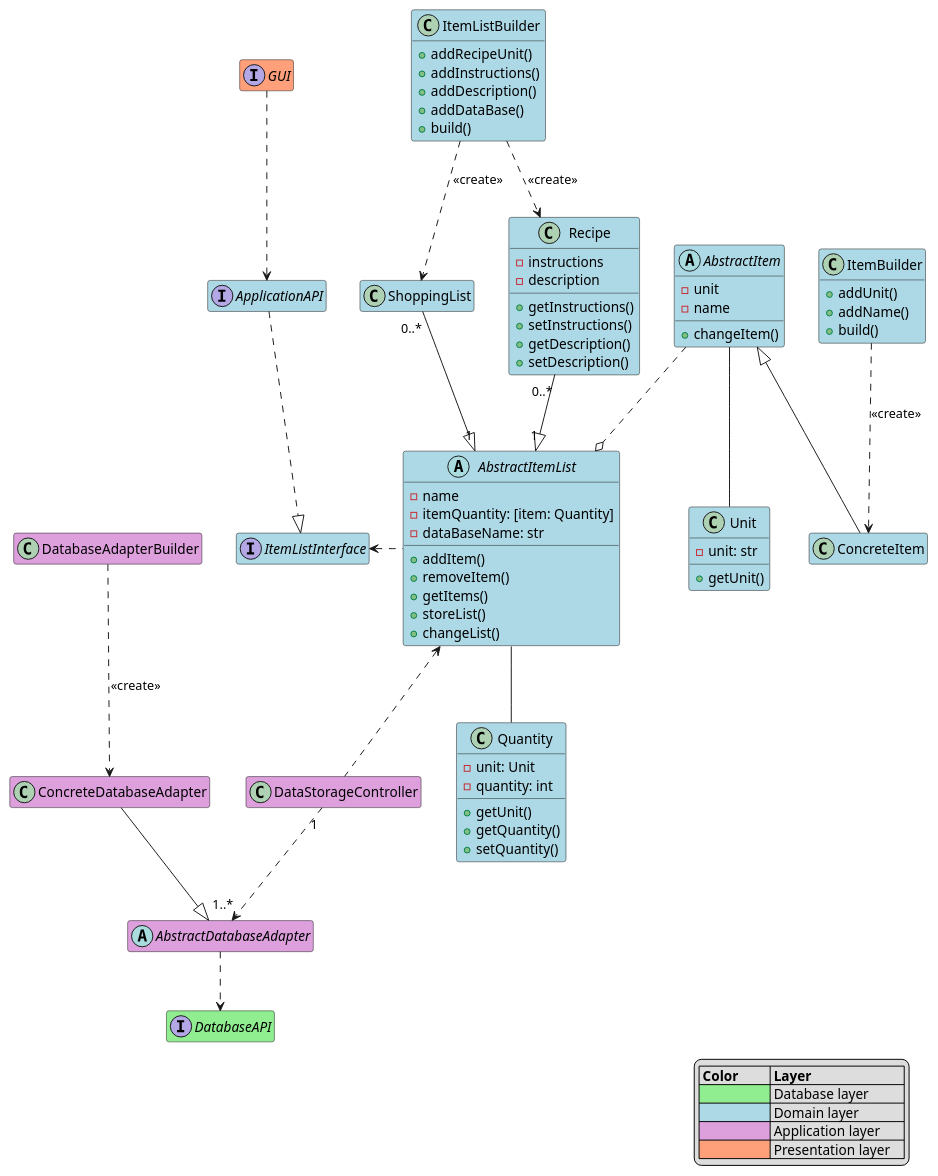
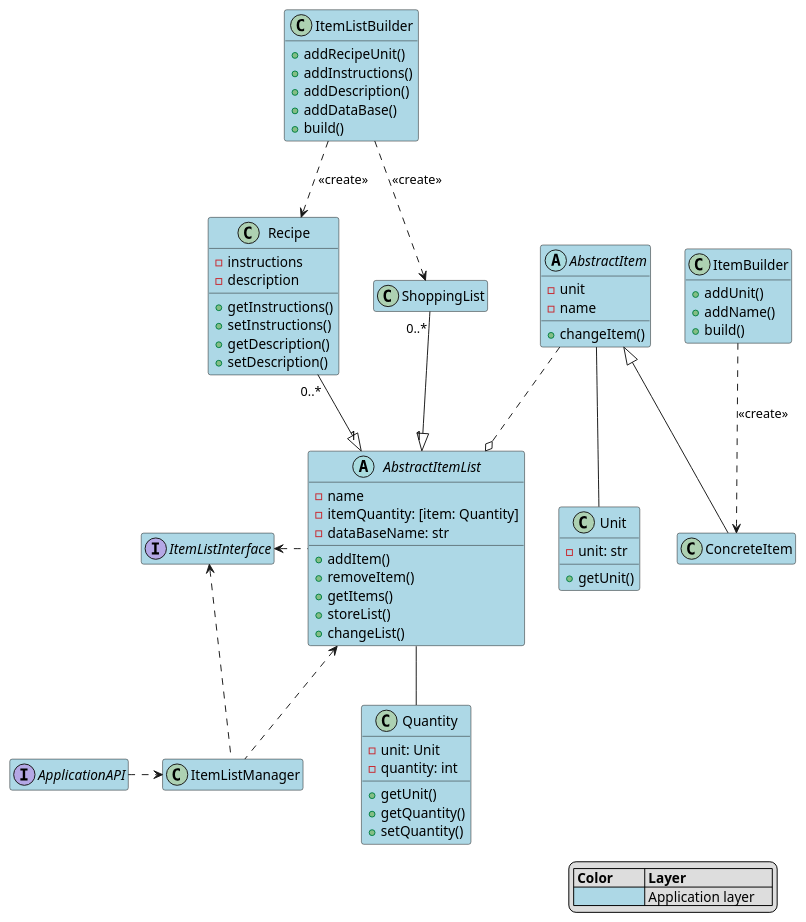
The diagram in Architecture/ClassViewApplication.puml (Uhgtred/Recipe_Shopping_List), drawn with PlantUML before and after one commit. The commit also changed 2 other files, not shown here.

Commit message:
Slight refactoring of the architecture, using dependency inversion

```diff
--- a/Architecture/ClassViewApplication.puml
+++ b/Architecture/ClassViewApplication.puml
@@ -1,105 +1,86 @@
 @startuml
 hide empty members
-
-
-interface DatabaseAPI #lightgreen
-
-
-interface GUI #lightsalmon
-GUI ..> ApplicationAPI
 
 
 interface ItemListInterface #lightblue
 
 class ItemListBuilder #lightblue{
     + addRecipeUnit()
     + addInstructions()
     + addDescription()
     + addDataBase()
     + build()
 }
 ItemListBuilder ..> Recipe: <<create>>
 ItemListBuilder ..> ShoppingList: <<create>>
 
 class ItemBuilder #lightblue{
    + addUnit()
    + addName()
    + build()
 }
 ItemBuilder ..> ConcreteItem: <<create>>
 
 abstract class AbstractItem #lightblue{
    - unit
    - name
    + changeItem()
 }
 AbstractItem ..o AbstractItemList
 AbstractItem -- Unit
 
-abstract class AbstractDatabaseAdapter #plum
-AbstractDatabaseAdapter ..> DatabaseAPI
-
-class ConcreteDatabaseAdapter #plum
-ConcreteDatabaseAdapter --|> AbstractDatabaseAdapter
-
-class DatabaseAdapterBuilder #plum
-DatabaseAdapterBuilder ..> ConcreteDatabaseAdapter: <<create>>
-
-class DataStorageController #plum
-DataStorageController "1" ..> "1..*" AbstractDatabaseAdapter
-DataStorageController .u.> AbstractItemList
+class ItemListManager #lightblue
+ItemListManager .u.> AbstractItemList
+ItemListManager .u.> ItemListInterface
 
 interface ApplicationAPI #lightblue
-ApplicationAPI ..|> ItemListInterface
+ApplicationAPI .r.> ItemListManager
 
 class ShoppingList #lightblue
 ShoppingList "0..*" --|> "1" AbstractItemList
 
 class Recipe #lightblue {
     - instructions
     - description
     + getInstructions()
     + setInstructions()
     + getDescription()
     + setDescription()
 }
 Recipe "0..*" --|> "1" AbstractItemList
 
 abstract class AbstractItemList #lightblue{
    - name
    - itemQuantity: [item: Quantity]
    - dataBaseName: str
    + addItem()
    + removeItem()
    + getItems()
    + storeList()
    + changeList()
 }
 AbstractItemList .l.> ItemListInterface
 AbstractItemList -- Quantity
 
 class ConcreteItem #lightblue
 'NonFoodItem "0..*"--o "1..*" ShoppingList
 ConcreteItem -u-|> AbstractItem
 
 class Quantity #lightblue{
     - unit: Unit
     - quantity: int
     + getUnit()
     + getQuantity()
     + setQuantity()
 }
 
 class Unit #lightblue{
     - unit: str
     + getUnit()
 }
 
 legend bottom right
 | **Color**         | **Layer**             |
-| <#lightgreen>     | Database layer        |
-| <#lightblue>      | Domain layer          |
-| <#plum>      | Application layer     |
-| <#lightsalmon>    | Presentation layer    |
+| <#lightblue>      | Application layer     |
 end legend
 @enduml
```
